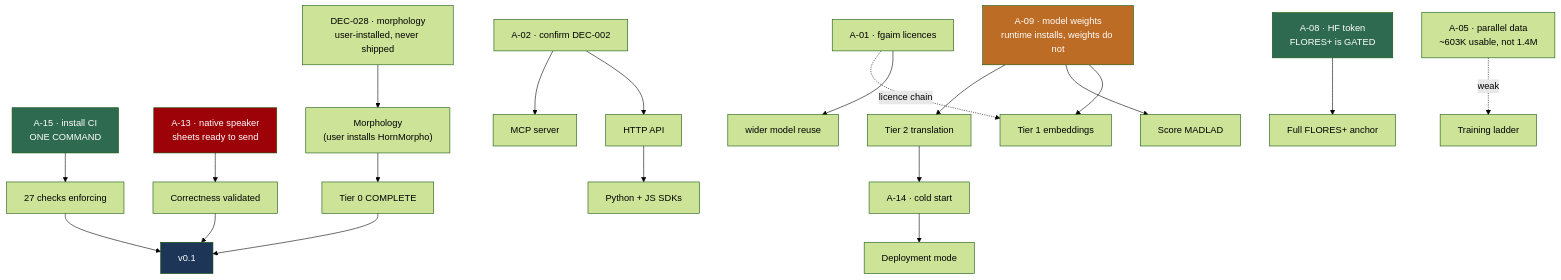
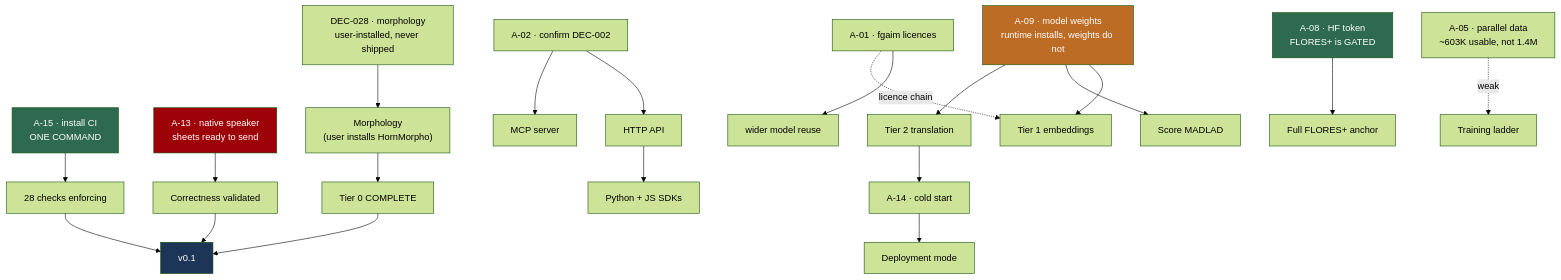
Before and after one commit to abugassim8/Tigrigna-Intelligence: the diagram in docs/roadmap/READINESS_PLAN.md, drawn with Mermaid (forest theme). The commit also changed other lines of this file and 5 other files, not shown here.

````diff
--- a/docs/roadmap/READINESS_PLAN.md
+++ b/docs/roadmap/READINESS_PLAN.md
@@ -103,28 +108,28 @@
 ```mermaid
 graph TD
-    A15["A-15 · install CI<br/>ONE COMMAND"] --> ENF["27 checks enforcing"]
+    A15["A-15 · install CI<br/>ONE COMMAND"] --> ENF["28 checks enforcing"]
     A13["A-13 · native speaker<br/>sheets ready to send"] --> CORRECT["Correctness validated"]
     A02["A-02 · confirm DEC-002"] --> API["HTTP API"]
     A02 --> MCP["MCP server"]
     API --> SDK["Python + JS SDKs"]
     A09["A-09 · model weights<br/>runtime installs, weights do not"] --> T1["Tier 1 embeddings"]
     A09 --> MADLAD["Score MADLAD"]
     A09 --> T2["Tier 2 translation"]
     A08["A-08 · HF token<br/>FLORES+ is GATED"] --> ANCHOR["Full FLORES+ anchor"]
     A01["A-01 · fgaim licences"] --> REUSE["wider model reuse"]
     A01 -.->|licence chain| T1
     A07["DEC-028 · morphology<br/>user-installed, never shipped"] --> MORPH["Morphology<br/>(user installs HornMorpho)"]
     A05["A-05 · parallel data<br/>~603K usable, not 1.4M"] -.->|weak| TRAIN["Training ladder"]
     T2 --> A14["A-14 · cold start"]
     A14 --> DEPLOY["Deployment mode"]
     MORPH --> MVP["Tier 0 COMPLETE"]
     CORRECT --> V01["v0.1"]
     MVP --> V01
     ENF --> V01
 
     style A15 fill:#2d6a4f,color:#fff
     style A13 fill:#9d0208,color:#fff
     style A09 fill:#bc6c25,color:#fff
     style A08 fill:#2d6a4f,color:#fff
     style V01 fill:#1d3557,color:#fff
 ```
````
